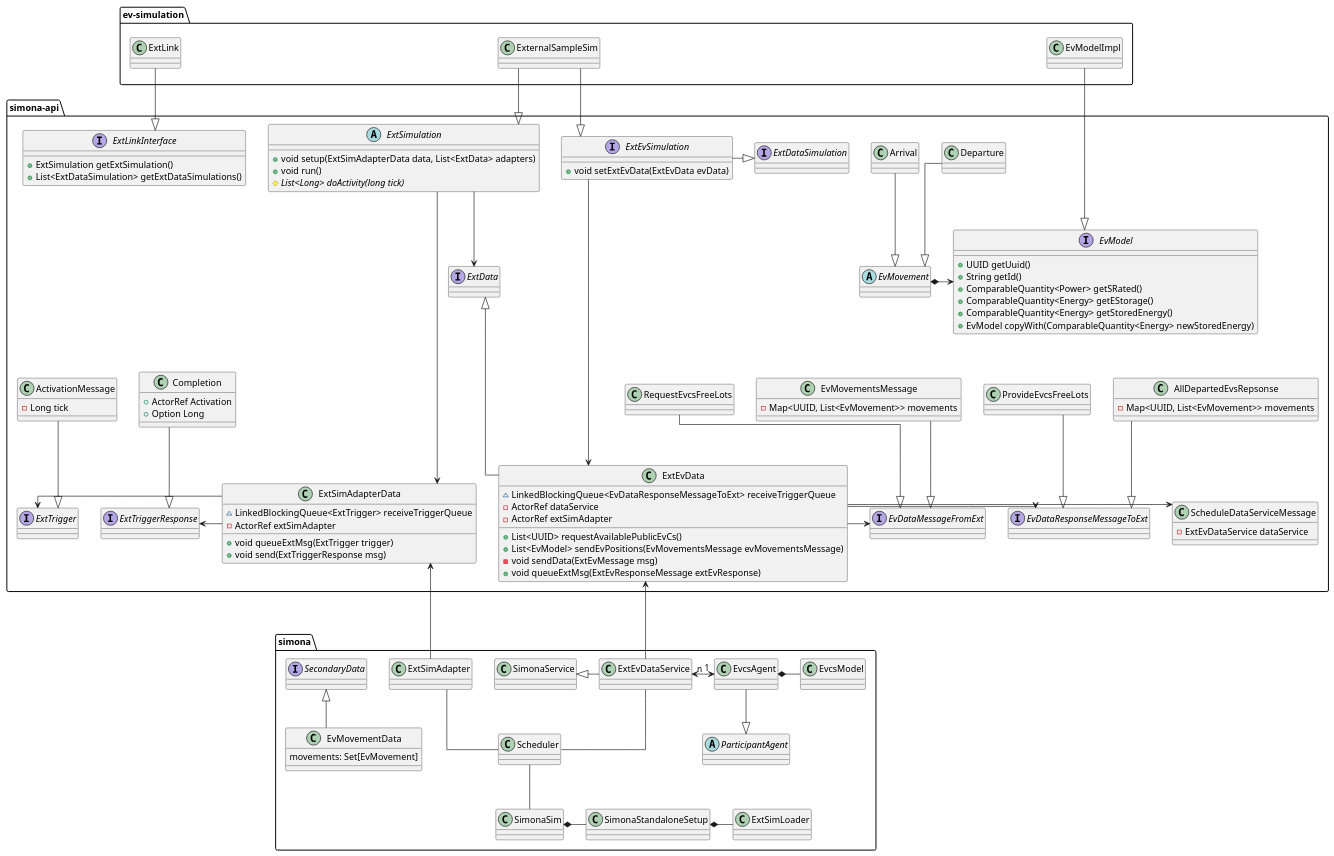
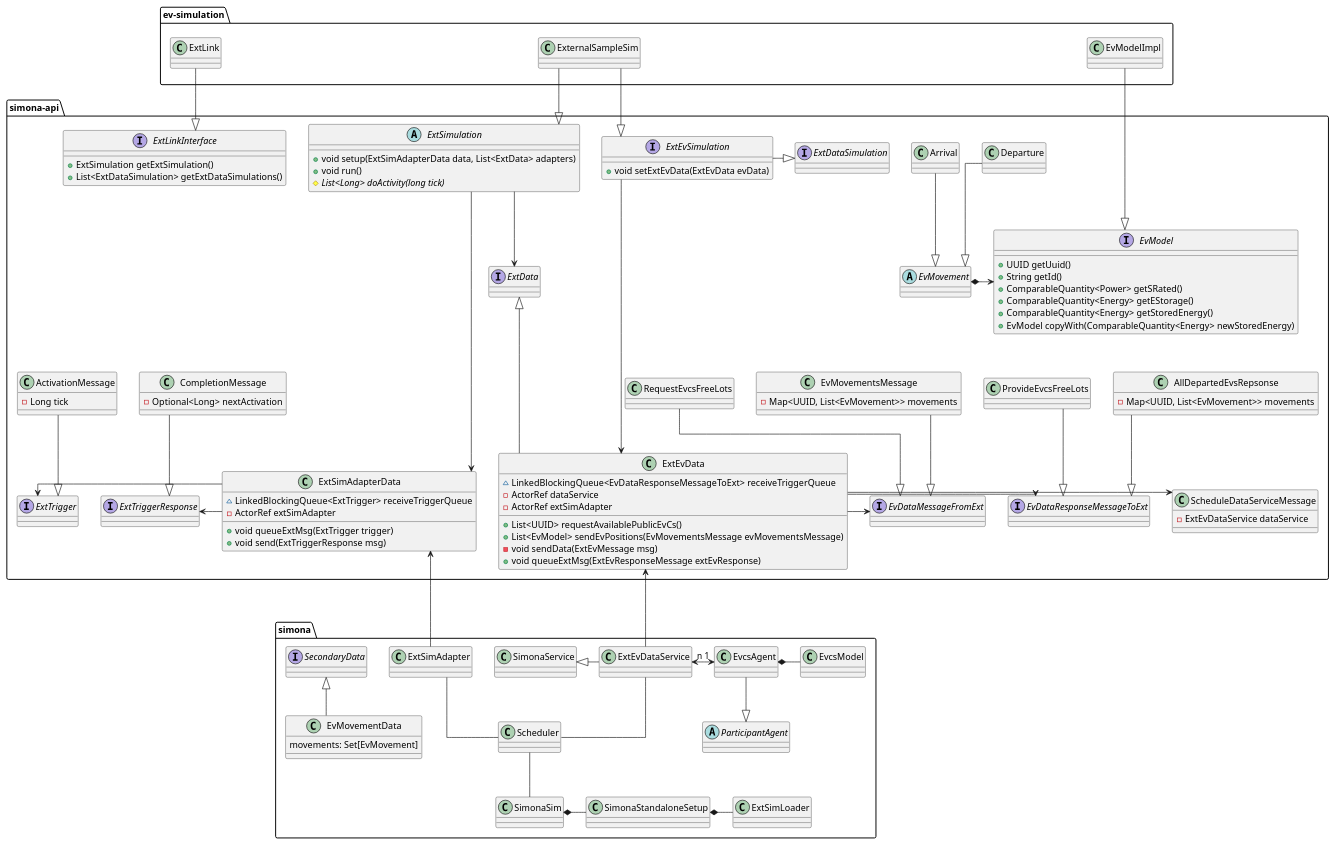
The diagram in docs/uml/main/ExtEvSimulationClasses.puml (ie3-institute/simona), drawn with PlantUML before and after one commit.

Commit message:
Correcting CompletionMessage for external simulation

```diff
--- a/docs/uml/main/ExtEvSimulationClasses.puml
+++ b/docs/uml/main/ExtEvSimulationClasses.puml
@@ -164,11 +164,10 @@
     ActivationMessage --|> ExtTrigger
 
     interface ExtTriggerResponse
-    class Completion {
-        + ActorRef Activation
-        + Option Long
+    class CompletionMessage {
+        - Optional<Long> nextActivation
     }
-    Completion --|> ExtTriggerResponse
+    CompletionMessage --|> ExtTriggerResponse
 
     ExtTrigger -[hidden]> ExtTriggerResponse
     ExtTrigger <- ExtSimAdapterData
```
